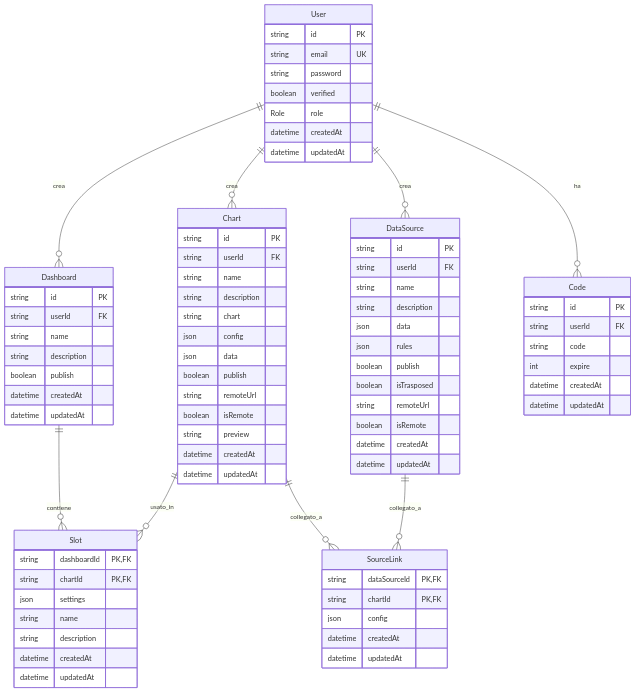
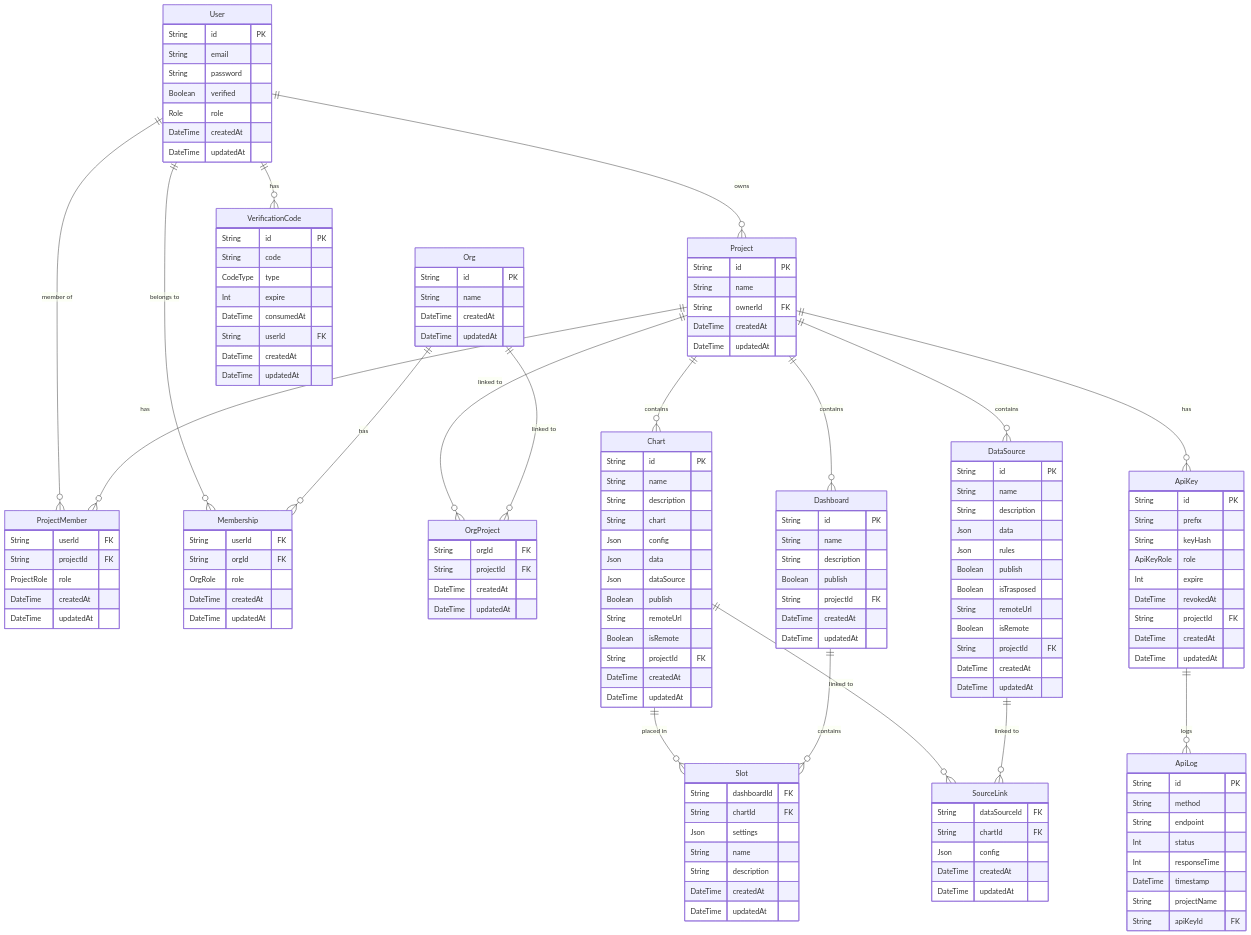
Before and after one commit to italia/graph-italia: the first of 14 diagrams in README.md, drawn with Mermaid. The commit also changed other lines of this file, not shown here.

Commit message:
fix prisma models mermaid

````diff
--- a/README.md
+++ b/README.md
@@ -139,90 +155,167 @@
 ```mermaid
 erDiagram
-    User ||--o{ Chart : "crea"
-    User ||--o{ Dashboard : "crea"
-    User ||--o{ DataSource : "crea"
-    User ||--o{ Code : "ha"
+    User {
+        String id PK
+        String email
+        String password
+        Boolean verified
+        Role role
+        DateTime createdAt
+        DateTime updatedAt
+    }
 
-    Dashboard ||--o{ Slot : "contiene"
-    Chart ||--o{ Slot : "usato_in"
-    Chart ||--o{ SourceLink : "collegato_a"
-    DataSource ||--o{ SourceLink : "collegato_a"
+    Project {
+        String id PK
+        String name
+        String ownerId FK
+        DateTime createdAt
+        DateTime updatedAt
+    }
 
-    User {
-        string id PK
-        string email UK
-        string password
-        boolean verified
-        Role role
-        datetime createdAt
-        datetime updatedAt
+    ProjectMember {
+        String userId FK
+        String projectId FK
+        ProjectRole role
+        DateTime createdAt
+        DateTime updatedAt
+    }
+
+    Org {
+        String id PK
+        String name
+        DateTime createdAt
+        DateTime updatedAt
+    }
+
+    Membership {
+        String userId FK
+        String orgId FK
+        OrgRole role
+        DateTime createdAt
+        DateTime updatedAt
+    }
+
+    OrgProject {
+        String orgId FK
+        String projectId FK
+        DateTime createdAt
+        DateTime updatedAt
+    }
+
+    ApiKey {
+        String id PK
+        String prefix
+        String keyHash
+        ApiKeyRole role
+        Int expire
+        DateTime revokedAt
+        String projectId FK
+        DateTime createdAt
+        DateTime updatedAt
+    }
+
+    ApiLog {
+        String id PK
+        String method
+        String endpoint
+        Int status
+        Int responseTime
+        DateTime timestamp
+        String projectName
+        String apiKeyId FK
+    }
+
+    VerificationCode {
+        String id PK
+        String code
+        CodeType type
+        Int expire
+        DateTime consumedAt
+        String userId FK
+        DateTime createdAt
+        DateTime updatedAt
+    }
+
+    DataSource {
+        String id PK
+        String name
+        String description
+        Json data
+        Json rules
+        Boolean publish
+        Boolean isTrasposed
+        String remoteUrl
+        Boolean isRemote
+        String projectId FK
+        DateTime createdAt
+        DateTime updatedAt
     }
 
     Chart {
-        string id PK
-        string userId FK
-        string name
-        string description
-        string chart
-        json config
-        json data
-        boolean publish
-        string remoteUrl
-        boolean isRemote
-        string preview
-        datetime createdAt
-        datetime updatedAt
+        String id PK
+        String name
+        String description
+        String chart
+        Json config
+        Json data
+        Json dataSource
+        Boolean publish
+        String remoteUrl
+        Boolean isRemote
+        String projectId FK
+        DateTime createdAt
+        DateTime updatedAt
+    }
+
+    SourceLink {
+        String dataSourceId FK
+        String chartId FK
+        Json config
+        DateTime createdAt
+        DateTime updatedAt
     }
 
     Dashboard {
-        string id PK
-        string userId FK
-        string name
-        string description
-        boolean publish
-        datetime createdAt
-        datetime updatedAt
+        String id PK
+        String name
+        String description
+        Boolean publish
+        String projectId FK
+        DateTime createdAt
+        DateTime updatedAt
     }
 
     Slot {
-        string dashboardId PK,FK
-        string chartId PK,FK
-        json settings
-        string name
-        string description
-        datetime createdAt
-        datetime updatedAt
+        String dashboardId FK
+        String chartId FK
+        Json settings
+        String name
+        String description
+        DateTime createdAt
+        DateTime updatedAt
     }
 
-    DataSource {
-        string id PK
-        string userId FK
-        string name
-        string description
-        json data
-        json rules
-        boolean publish
-        boolean isTrasposed
-        string remoteUrl
-        boolean isRemote
-        datetime createdAt
-        datetime updatedAt
-    }
+    User ||--o{ Project : "owns"
+    User ||--o{ ProjectMember : "member of"
+    User ||--o{ Membership : "belongs to"
+    User ||--o{ VerificationCode : "has"
 
-    Code {
-        string id PK
-        string userId FK
-        string code
-        int expire
-        datetime createdAt
-        datetime updatedAt
-    }
+    Project ||--o{ ProjectMember : "has"
+    Project ||--o{ OrgProject : "linked to"
+    Project ||--o{ Chart : "contains"
+    Project ||--o{ Dashboard : "contains"
+    Project ||--o{ DataSource : "contains"
+    Project ||--o{ ApiKey : "has"
 
-    SourceLink {
-        string dataSourceId PK,FK
-        string chartId PK,FK
-        json config
-        datetime createdAt
-        datetime updatedAt
-    }
+    Org ||--o{ Membership : "has"
+    Org ||--o{ OrgProject : "linked to"
+
+    ApiKey ||--o{ ApiLog : "logs"
+
+    Chart ||--o{ Slot : "placed in"
+    Chart ||--o{ SourceLink : "linked to"
+
+    Dashboard ||--o{ Slot : "contains"
+
+    DataSource ||--o{ SourceLink : "linked to"
 ```
````
